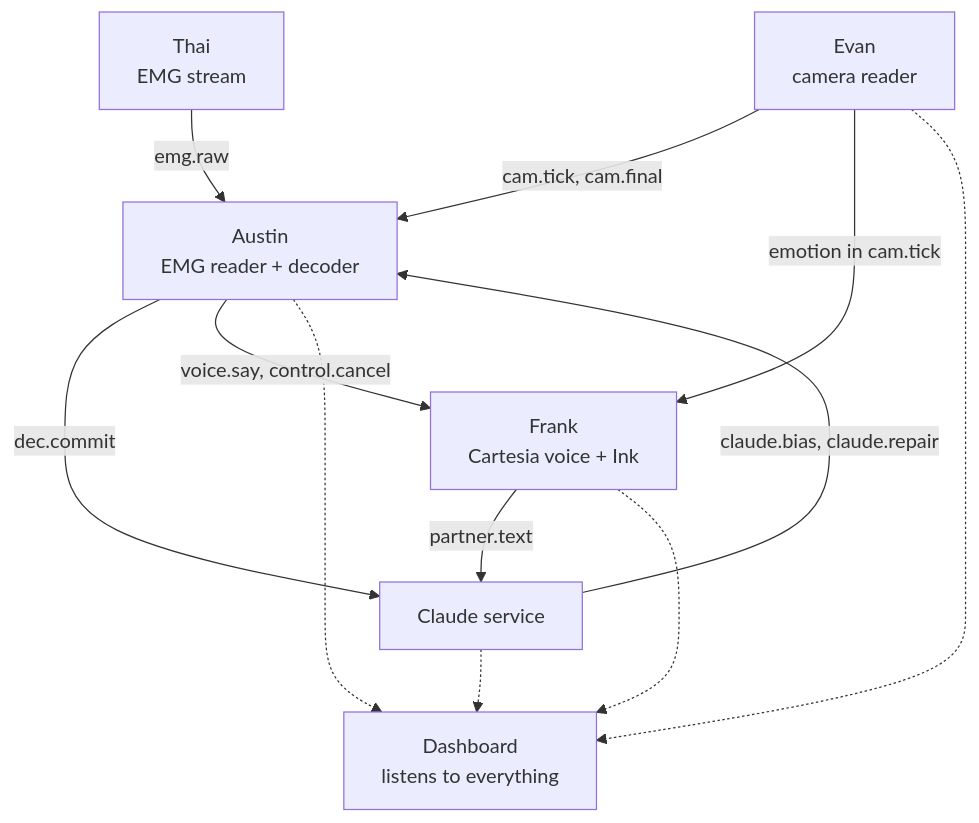
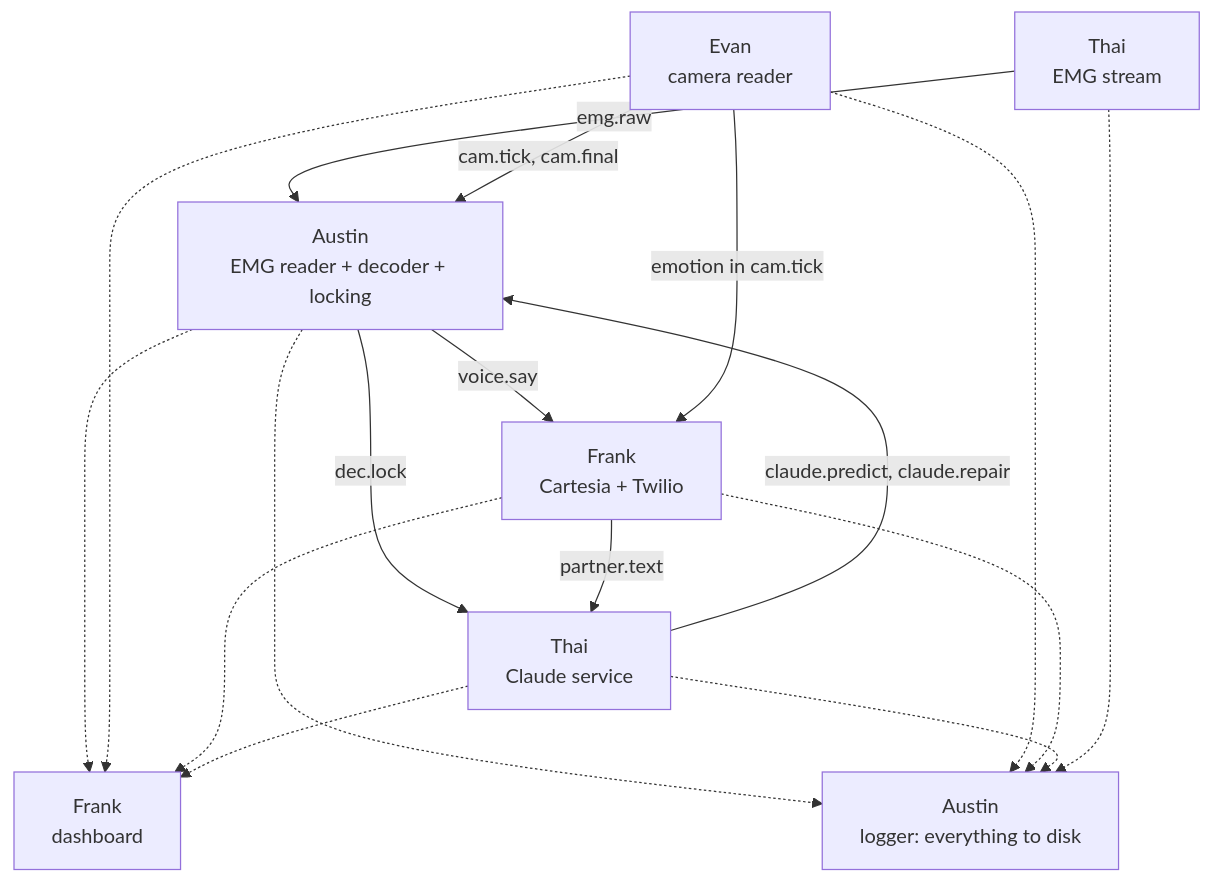
The diagram in docs/PLAN.md (thaimtl/Reclaim), drawn with Mermaid before and after one commit. The commit also changed other lines of this file and 17 other files, not shown here.

````diff
--- a/docs/PLAN.md
+++ b/docs/PLAN.md
@@ -56,11 +75,12 @@
 ```mermaid
 flowchart TD
-    T["Thai<br/>EMG stream"] -- "emg.raw" --> A["Austin<br/>EMG reader + decoder"]
+    T["Thai<br/>EMG stream"] -- "emg.raw" --> A["Austin<br/>EMG reader + decoder + locking"]
     E["Evan<br/>camera reader"] -- "cam.tick, cam.final" --> A
-    A -- "dec.commit" --> C["Claude service"]
-    C -- "claude.bias, claude.repair" --> A
-    F["Frank<br/>Cartesia voice + Ink"] -- "partner.text" --> C
-    A -- "voice.say, control.cancel" --> F
+    A -- "dec.lock" --> C["Thai<br/>Claude service"]
+    C -- "claude.predict, claude.repair" --> A
+    F["Frank<br/>Cartesia + Twilio"] -- "partner.text" --> C
+    A -- "voice.say" --> F
     E -- "emotion in cam.tick" --> F
-    A & E & F & C -.-> D["Dashboard<br/>listens to everything"]
+    A & E & F & C -.-> D["Frank<br/>dashboard"]
+    A & E & F & C & T -.-> L["Austin<br/>logger: everything to disk"]
 ```
````
